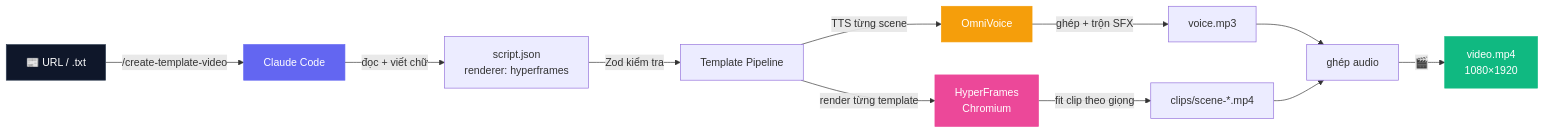
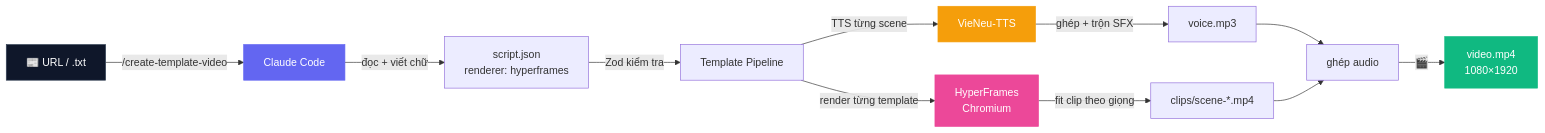
Before and after one commit to huytranvan2010/AI-auto-generate-video: the diagram in README.vi.md, drawn with Mermaid. The commit also changed other lines of this file and 7 other files, not shown here.

````diff
--- a/README.vi.md
+++ b/README.vi.md
@@ -151,19 +101,19 @@
 ```mermaid
 flowchart LR
     A["📰 URL / .txt"] -->|/create-template-video| B[Claude Code]
     B -->|đọc + viết chữ| C["script.json<br/>renderer: hyperframes"]
     C -->|Zod kiểm tra| D[Template Pipeline]
-    D -->|TTS từng scene| E[OmniVoice]
+    D -->|TTS từng scene| E[VieNeu-TTS]
     E -->|ghép + trộn SFX| F[voice.mp3]
     D -->|render từng template| G["HyperFrames<br/>Chromium"]
     G -->|fit clip theo giọng| H["clips/scene-*.mp4"]
     F --> I[ghép audio]
     H --> I
     I -->|🎬| J["video.mp4<br/>1080×1920"]
 
     style A fill:#0f172a,color:#fff,stroke:#334155
     style B fill:#6366f1,color:#fff,stroke:#6366f1
     style E fill:#f59e0b,color:#fff,stroke:#f59e0b
     style G fill:#ec4899,color:#fff,stroke:#ec4899
     style J fill:#10b981,color:#fff,stroke:#10b981
 ```
````
